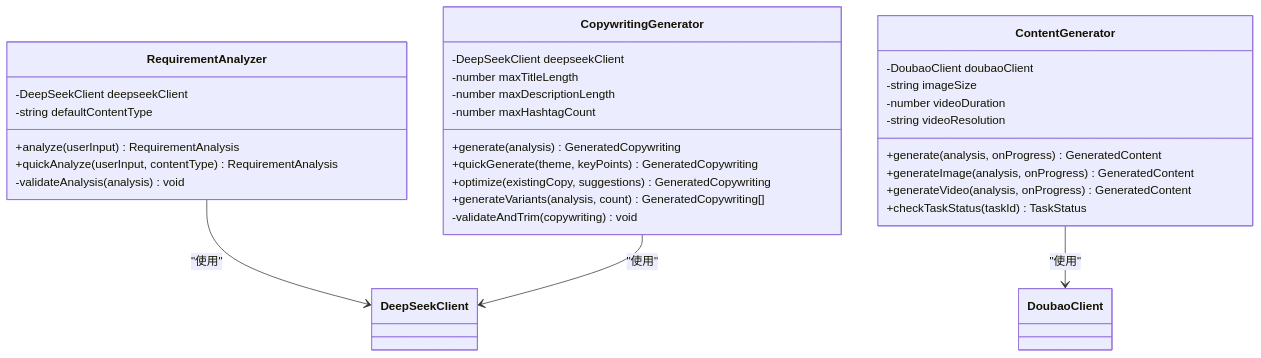
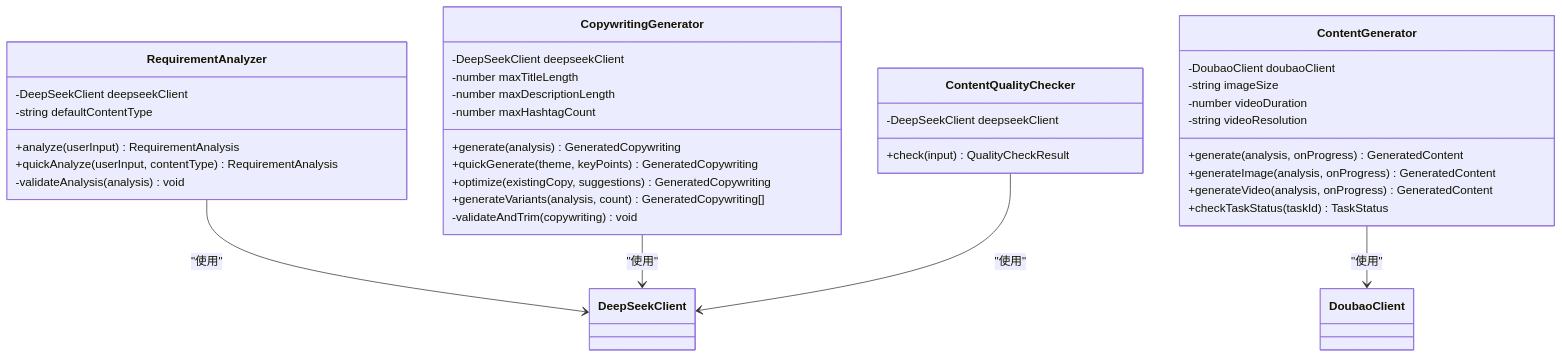
One commit to songdiyang/clawOperations changed the fourth of 17 diagrams in .qoder/repowiki/zh/content/核心模块详解/Web界面系统/AI创作页面.md. Above: the diagram before and after it, drawn with Mermaid. The commit also changed other lines of this file and 6 other files, not shown here.

Commit message:
feat: add regenerate copywriting button when quality check fails

````diff
--- a/.qoder/repowiki/zh/content/核心模块详解/Web界面系统/AI创作页面.md
+++ b/.qoder/repowiki/zh/content/核心模块详解/Web界面系统/AI创作页面.md
@@ -238,34 +258,39 @@
 ```mermaid
 classDiagram
 class RequirementAnalyzer {
 -DeepSeekClient deepseekClient
 -string defaultContentType
 +analyze(userInput) RequirementAnalysis
 +quickAnalyze(userInput, contentType) RequirementAnalysis
 -validateAnalysis(analysis) void
 }
 class ContentGenerator {
 -DoubaoClient doubaoClient
 -string imageSize
 -number videoDuration
 -string videoResolution
 +generate(analysis, onProgress) GeneratedContent
 +generateImage(analysis, onProgress) GeneratedContent
 +generateVideo(analysis, onProgress) GeneratedContent
 +checkTaskStatus(taskId) TaskStatus
 }
 class CopywritingGenerator {
 -DeepSeekClient deepseekClient
 -number maxTitleLength
 -number maxDescriptionLength
 -number maxHashtagCount
 +generate(analysis) GeneratedCopywriting
 +quickGenerate(theme, keyPoints) GeneratedCopywriting
 +optimize(existingCopy, suggestions) GeneratedCopywriting
 +generateVariants(analysis, count) GeneratedCopywriting[]
 -validateAndTrim(copywriting) void
 }
+class ContentQualityChecker {
+-DeepSeekClient deepseekClient
++check(input) QualityCheckResult
+}
 RequirementAnalyzer --> DeepSeekClient : "使用"
 ContentGenerator --> DoubaoClient : "使用"
 CopywritingGenerator --> DeepSeekClient : "使用"
+ContentQualityChecker --> DeepSeekClient : "使用"
 ```
````
